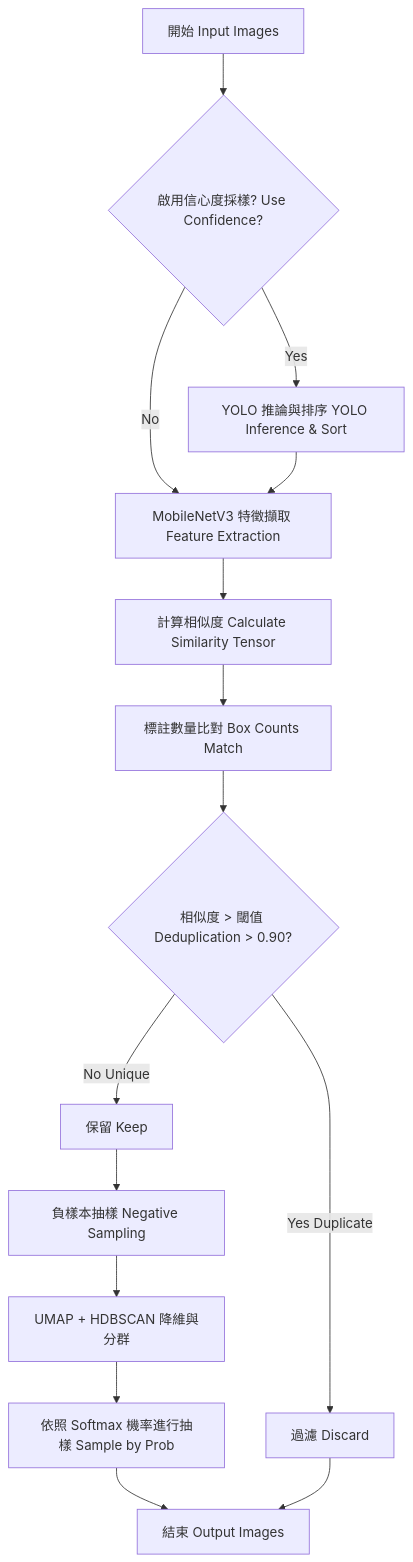
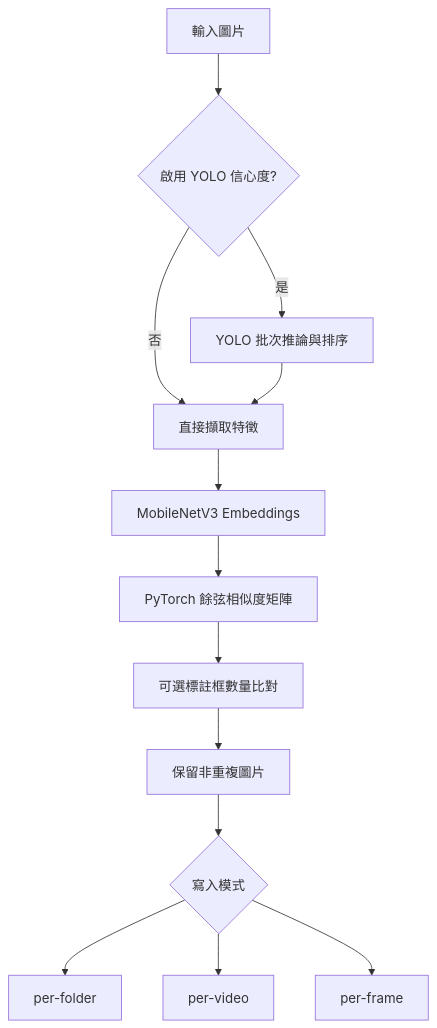
One commit to leo2783/Traffic-Violation-Reporting-Automation-TVRA changed the second of 3 diagrams in Tools/sampling/detail/SAMPLING_DETAILS_zh.md. Above: the diagram before and after it, drawn with Mermaid. The commit also changed other lines of this file and 18 other files, not shown here.

````diff
--- a/Tools/sampling/detail/SAMPLING_DETAILS_zh.md
+++ b/Tools/sampling/detail/SAMPLING_DETAILS_zh.md
@@ -19,19 +68,15 @@
 ```mermaid
 graph TD
-    A[開始 Input Images] --> B{啟用信心度採樣? Use Confidence?}
-    B -- Yes --> C[YOLO 推論與排序 YOLO Inference & Sort]
-    B -- No --> D[MobileNetV3 特徵擷取 Feature Extraction]
+    A[輸入圖片] --> B{啟用 YOLO 信心度?}
+    B -- 是 --> C[YOLO 批次推論與排序]
+    B -- 否 --> D[直接擷取特徵]
     C --> D
-    D --> E[計算相似度 Calculate Similarity Tensor]
-    E --> F[標註數量比對 Box Counts Match]
-    F --> G{相似度 > 閾值 Deduplication > 0.90?}
-    G -- Yes Duplicate --> H[過濾 Discard]
-    G -- No Unique --> I[保留 Keep]
-    
-    %% 抽樣階段 Sampling phase (sampling.py)
-    I --> J[負樣本抽樣 Negative Sampling]
-    J --> K[UMAP + HDBSCAN 降維與分群]
-    K --> L[依照 Softmax 機率進行抽樣 Sample by Prob]
-    L --> M[結束 Output Images]
-    H --> M
+    D --> E[MobileNetV3 Embeddings]
+    E --> F[PyTorch 餘弦相似度矩陣]
+    F --> G[可選標註框數量比對]
+    G --> H[保留非重複圖片]
+    H --> I{寫入模式}
+    I --> J[per-folder]
+    I --> K[per-video]
+    I --> L[per-frame]
 ```
````
